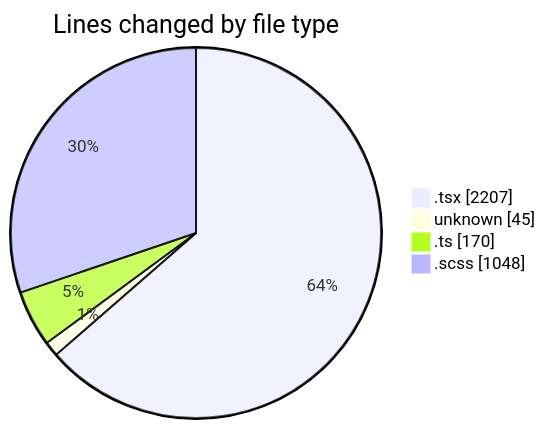
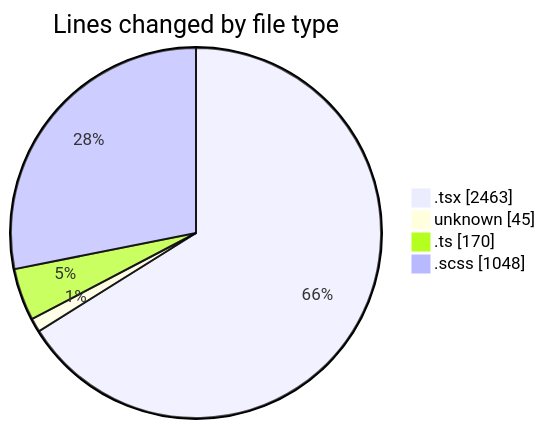
One commit to momahboobian/code-tracking changed the first of 2 diagrams in 2025-09-01/cda/README.md. Above: the diagram before and after it, drawn with Mermaid. The commit also changed other lines of this file and 1 other file, not shown here.

````diff
--- a/2025-09-01/cda/README.md
+++ b/2025-09-01/cda/README.md
@@ -27,8 +28,8 @@
 ```mermaid
 pie showData
 title Lines changed by file type
-".tsx" : 2207
+".tsx" : 2463
 "unknown" : 45
 ".ts" : 170
 ".scss" : 1048
 ```
````
